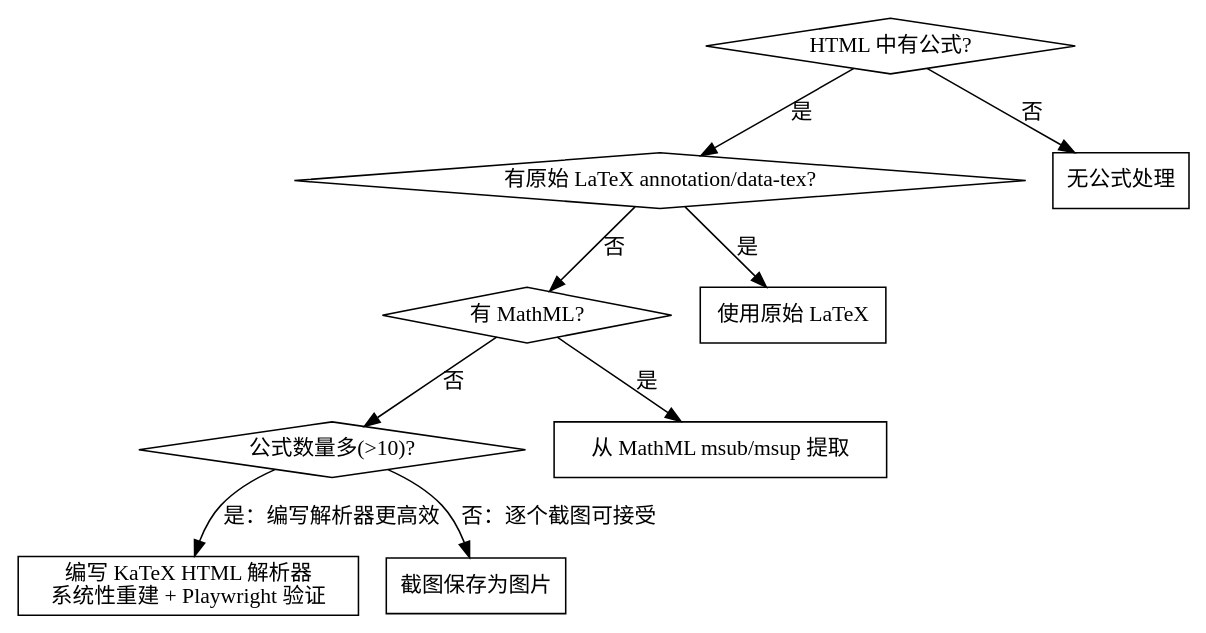
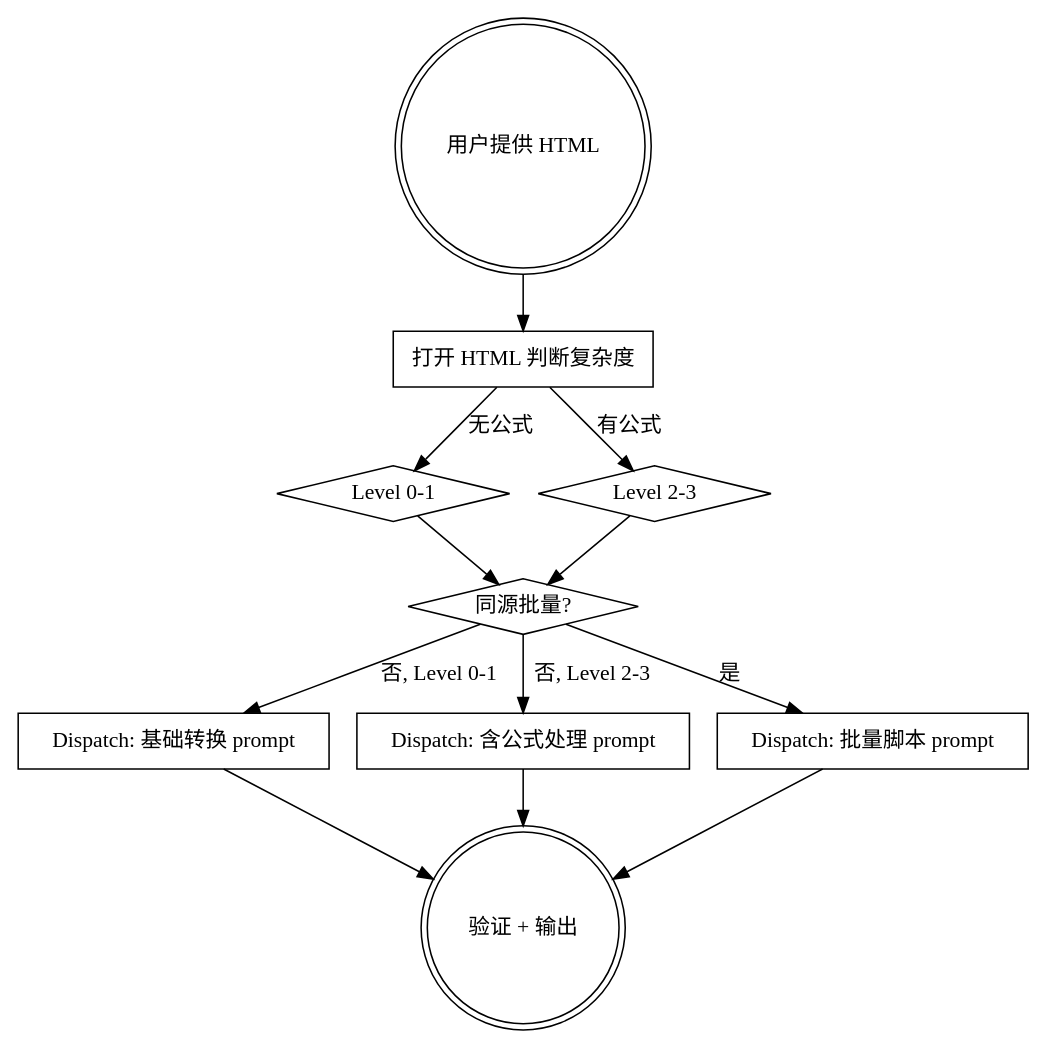
One commit to eagle-dai/my-skills changed the diagram in html-to-markdown/SKILL.md. Above: the diagram before and after it, drawn with Graphviz. The commit also changed other lines of this file and 5 other files, not shown here.

Commit message:
added formula-extraction, modified html-to-markdown

````diff
--- a/html-to-markdown/SKILL.md
+++ b/html-to-markdown/SKILL.md
@@ -327,23 +215,26 @@
 ```dot
-digraph formula_decision {
+digraph dispatch_decision {
     rankdir=TB;
-    "HTML 中有公式?" [shape=diamond];
-    "有原始 LaTeX annotation/data-tex?" [shape=diamond];
-    "有 MathML?" [shape=diamond];
-    "公式数量多(>10)?" [shape=diamond];
-    "使用原始 LaTeX" [shape=box];
-    "从 MathML msub/msup 提取" [shape=box];
-    "编写 KaTeX HTML 解析器\n系统性重建 + Playwright 验证" [shape=box];
-    "截图保存为图片" [shape=box];
-    "无公式处理" [shape=box];
+    "用户提供 HTML" [shape=doublecircle];
+    "打开 HTML 判断复杂度" [shape=box];
+    "Level 0-1" [shape=diamond];
+    "Level 2-3" [shape=diamond];
+    "同源批量?" [shape=diamond];
+    "Dispatch: 基础转换 prompt" [shape=box];
+    "Dispatch: 含公式处理 prompt" [shape=box];
+    "Dispatch: 批量脚本 prompt" [shape=box];
+    "验证 + 输出" [shape=doublecircle];
 
-    "HTML 中有公式?" -> "有原始 LaTeX annotation/data-tex?" [label="是"];
-    "HTML 中有公式?" -> "无公式处理" [label="否"];
-    "有原始 LaTeX annotation/data-tex?" -> "使用原始 LaTeX" [label="是"];
-    "有原始 LaTeX annotation/data-tex?" -> "有 MathML?" [label="否"];
-    "有 MathML?" -> "从 MathML msub/msup 提取" [label="是"];
-    "有 MathML?" -> "公式数量多(>10)?" [label="否"];
-    "公式数量多(>10)?" -> "编写 KaTeX HTML 解析器\n系统性重建 + Playwright 验证" [label="是：编写解析器更高效"];
-    "公式数量多(>10)?" -> "截图保存为图片" [label="否：逐个截图可接受"];
+    "用户提供 HTML" -> "打开 HTML 判断复杂度";
+    "打开 HTML 判断复杂度" -> "Level 0-1" [label="无公式"];
+    "打开 HTML 判断复杂度" -> "Level 2-3" [label="有公式"];
+    "Level 0-1" -> "同源批量?";
+    "Level 2-3" -> "同源批量?";
+    "同源批量?" -> "Dispatch: 批量脚本 prompt" [label="是"];
+    "同源批量?" -> "Dispatch: 基础转换 prompt" [label="否, Level 0-1"];
+    "同源批量?" -> "Dispatch: 含公式处理 prompt" [label="否, Level 2-3"];
+    "Dispatch: 基础转换 prompt" -> "验证 + 输出";
+    "Dispatch: 含公式处理 prompt" -> "验证 + 输出";
+    "Dispatch: 批量脚本 prompt" -> "验证 + 输出";
 }
 ```
````
